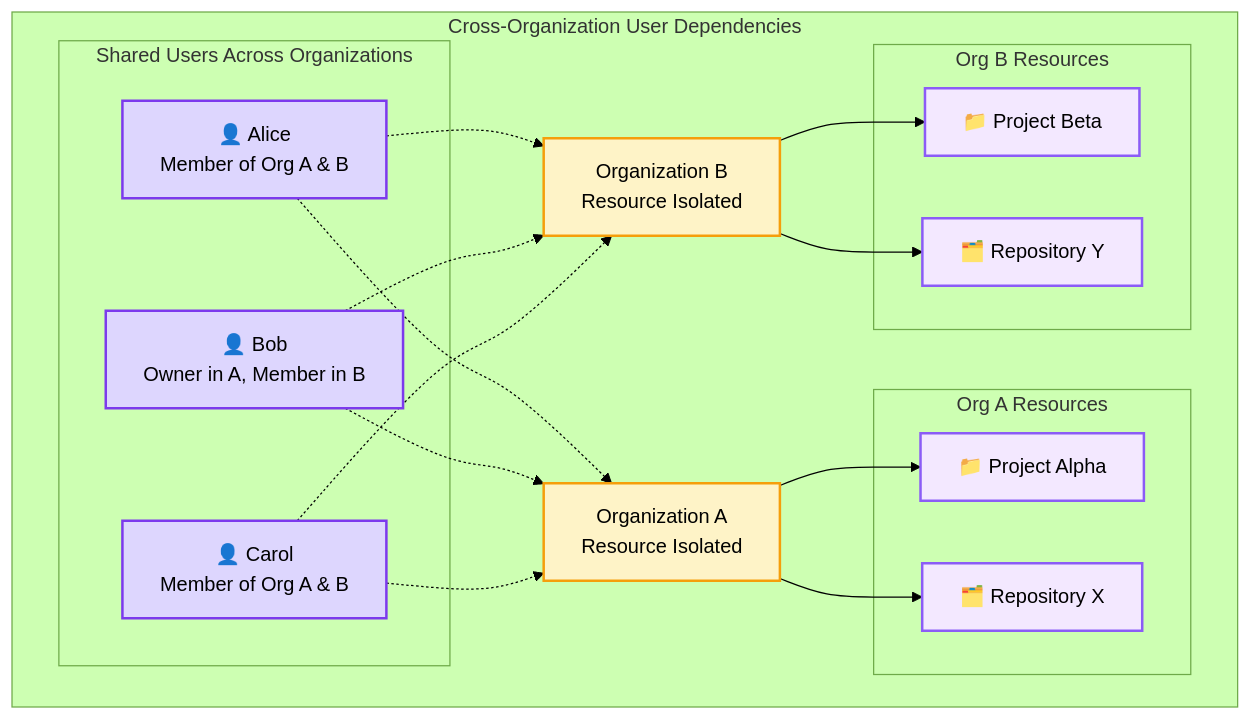
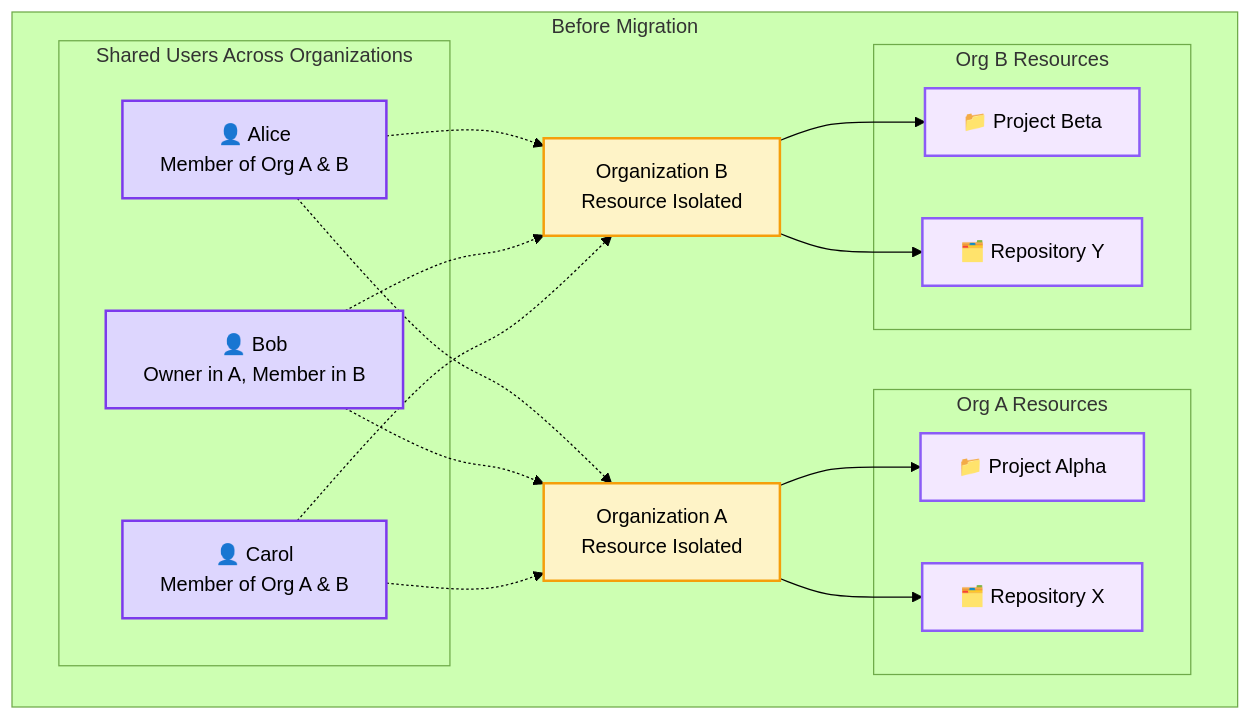
One commit to zalyoung/gitlab-handbook changed the sixth of 9 diagrams in content/handbook/engineering/architecture/design-documents/organization/isolation_compliance_framework.md. Above: the diagram before and after it, drawn with Mermaid (forest theme). The commit also changed other lines of this file, not shown here.

Commit message:
Change diagram titles to format better

````diff
--- a/content/handbook/engineering/architecture/design-documents/organization/isolation_compliance_framework.md
+++ b/content/handbook/engineering/architecture/design-documents/organization/isolation_compliance_framework.md
@@ -512,44 +512,44 @@
 ```mermaid
 graph TD
-    subgraph "Cross-Organization User Dependencies"
+    subgraph "Before Migration"
         ORG1["Organization A<br/>Resource Isolated"]
         ORG2["Organization B<br/>Resource Isolated"]
 
         subgraph "Shared Users Across Organizations"
             USER1[👤 Alice<br/>Member of Org A & B]
             USER2[👤 Bob<br/>Owner in A, Member in B]
             USER3[👤 Carol<br/>Member of Org A & B]
         end
 
         subgraph "Org A Resources"
             PROJ1[📁 Project Alpha]
             REPO1[🗂️ Repository X]
         end
 
         subgraph "Org B Resources"
             PROJ2[📁 Project Beta]
             REPO2[🗂️ Repository Y]
         end
     end
 
     %% Cross-org user sharing (dotted lines show problem)
     USER1 -.-> ORG1
     USER1 -.-> ORG2
     USER2 -.-> ORG1
     USER2 -.-> ORG2
     USER3 -.-> ORG1
     USER3 -.-> ORG2
 
     ORG1 --> PROJ1
     ORG1 --> REPO1
     ORG2 --> PROJ2
     ORG2 --> REPO2
 
     classDef org_resource fill:#fef3c7,stroke:#f59e0b,stroke-width:2px
     classDef user fill:#ddd6fe,stroke:#7c3aed,stroke-width:2px
     classDef resource fill:#f3e8ff,stroke:#8b5cf6,stroke-width:2px
 
     class ORG1,ORG2 org_resource
     class USER1,USER2,USER3 user
     class PROJ1,PROJ2,REPO1,REPO2 resource
 ```
````
